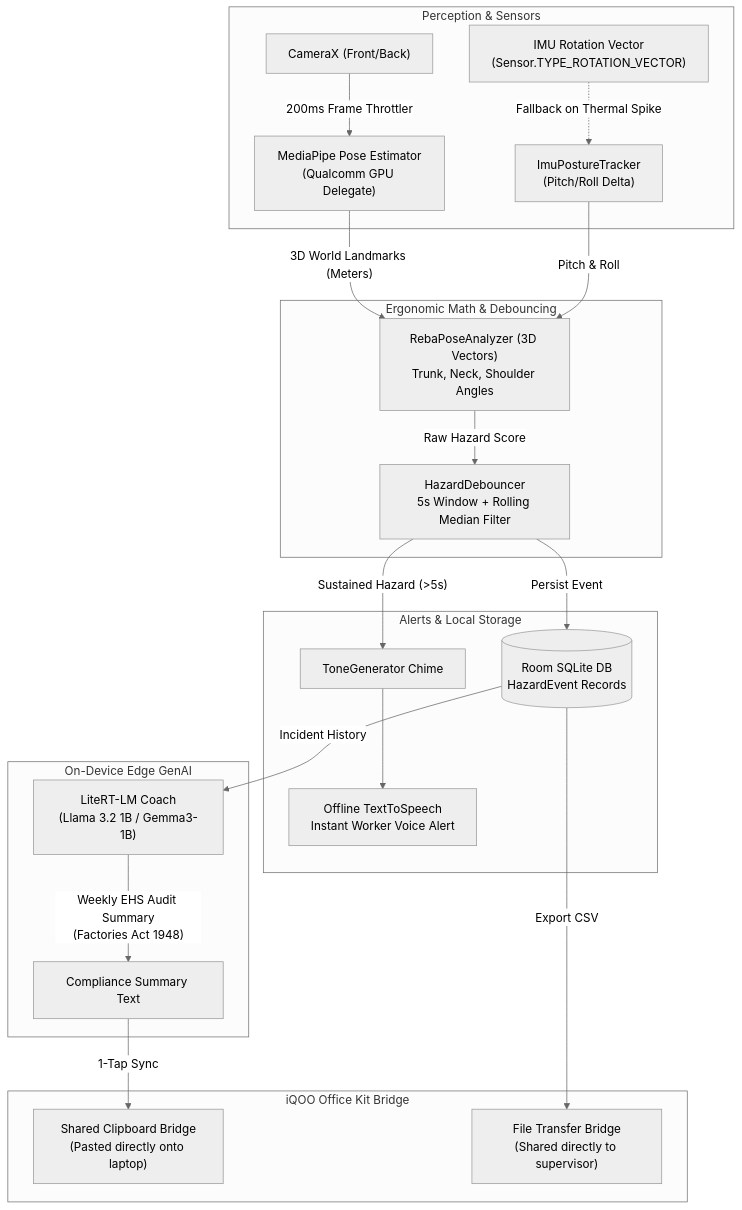
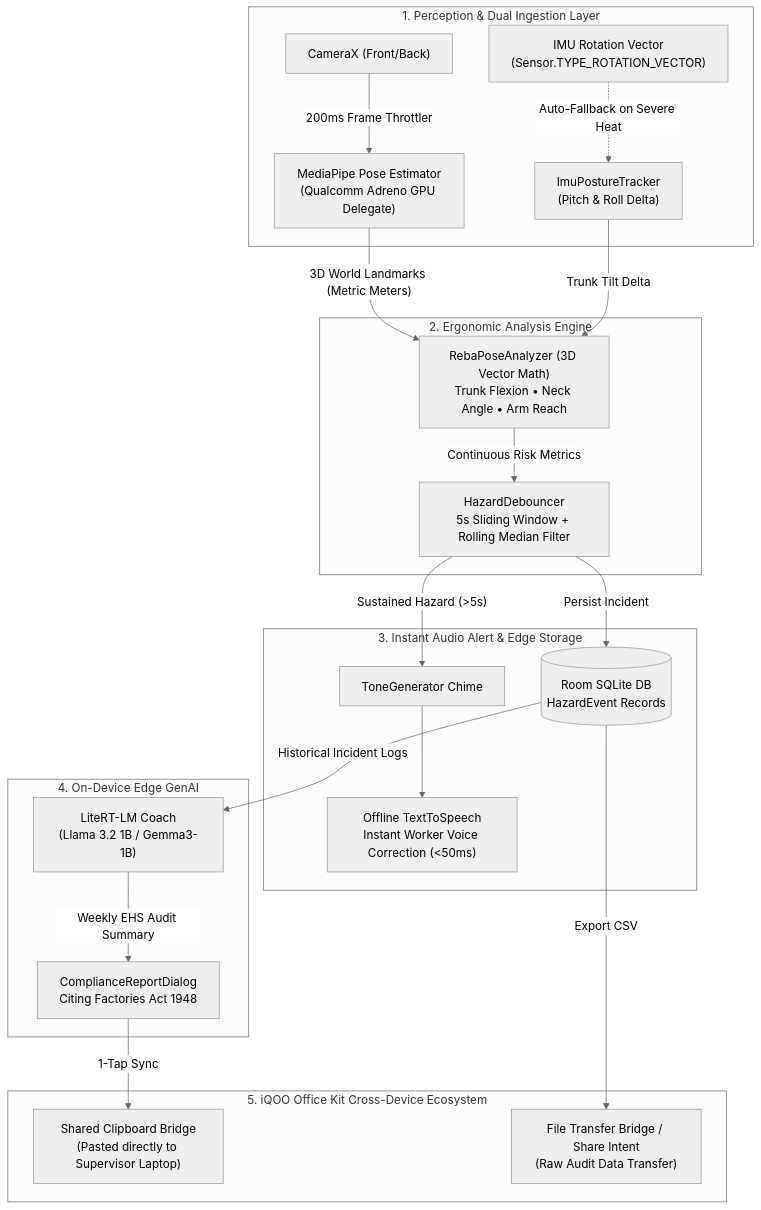
The diagram in README.md (aryan21231212/ergovision), drawn with Mermaid (neutral theme) before and after one commit. The commit also changed other lines of this file, not shown here.

Commit message:
docs: upgrade README with comprehensive architecture, UI showcase, and runbook

````diff
--- a/README.md
+++ b/README.md
@@ -30,29 +44,29 @@
 ```mermaid
 flowchart TD
-    subgraph SENSORS ["Perception & Sensors"]
-        CAM["CameraX (Front/Back)"] -->|"200ms Frame Throttler"| MP["MediaPipe Pose Estimator\n(Qualcomm GPU Delegate)"]
-        IMU["IMU Rotation Vector\n(Sensor.TYPE_ROTATION_VECTOR)"] -.->|"Fallback on Thermal Spike"| IMU_TRACK["ImuPostureTracker\n(Pitch/Roll Delta)"]
+    subgraph PERCEPTION ["1. Perception & Dual Ingestion Layer"]
+        CAM["CameraX (Front/Back)"] -->|"200ms Frame Throttler"| MP["MediaPipe Pose Estimator\n(Qualcomm Adreno GPU Delegate)"]
+        IMU["IMU Rotation Vector\n(Sensor.TYPE_ROTATION_VECTOR)"] -.->|"Auto-Fallback on Severe Heat"| IMU_TRACK["ImuPostureTracker\n(Pitch & Roll Delta)"]
     end
 
-    subgraph ENGINE ["Ergonomic Math & Debouncing"]
-        MP -->|"3D World Landmarks (Meters)"| REBA["RebaPoseAnalyzer (3D Vectors)\nTrunk, Neck, Shoulder Angles"]
-        IMU_TRACK -->|"Pitch & Roll"| REBA
-        REBA -->|"Raw Hazard Score"| DEBOUNCE["HazardDebouncer\n5s Window + Rolling Median Filter"]
+    subgraph BIOMECHANICS ["2. Ergonomic Analysis Engine"]
+        MP -->|"3D World Landmarks (Metric Meters)"| REBA["RebaPoseAnalyzer (3D Vector Math)\nTrunk Flexion • Neck Angle • Arm Reach"]
+        IMU_TRACK -->|"Trunk Tilt Delta"| REBA
+        REBA -->|"Continuous Risk Metrics"| DEBOUNCE["HazardDebouncer\n5s Sliding Window + Rolling Median Filter"]
     end
 
-    subgraph ACTION ["Alerts & Local Storage"]
+    subgraph ACTION ["3. Instant Audio Alert & Edge Storage"]
         DEBOUNCE -->|"Sustained Hazard (>5s)"| CHIME["ToneGenerator Chime"]
-        CHIME --> TTS["Offline TextToSpeech\nInstant Worker Voice Alert"]
-        DEBOUNCE -->|"Persist Event"| ROOM[("Room SQLite DB\nHazardEvent Records")]
+        CHIME --> TTS["Offline TextToSpeech\nInstant Worker Voice Correction (<50ms)"]
+        DEBOUNCE -->|"Persist Incident"| ROOM[("Room SQLite DB\nHazardEvent Records")]
     end
 
-    subgraph GENAI ["On-Device Edge GenAI"]
-        ROOM -->|"Incident History"| LLM["LiteRT-LM Coach\n(Llama 3.2 1B / Gemma3-1B)"]
-        LLM -->|"Weekly EHS Audit Summary\n(Factories Act 1948)"| SUMMARY["Compliance Summary Text"]
+    subgraph GENAI ["4. On-Device Edge GenAI"]
+        ROOM -->|"Historical Incident Logs"| LLM["LiteRT-LM Coach\n(Llama 3.2 1B / Gemma3-1B)"]
+        LLM -->|"Weekly EHS Audit Summary"| MODAL["ComplianceReportDialog\nCiting Factories Act 1948"]
     end
 
-    subgraph OFFICEKIT ["iQOO Office Kit Bridge"]
-        SUMMARY -->|"1-Tap Sync"| CLIP["Shared Clipboard Bridge\n(Pasted directly onto laptop)"]
-        ROOM -->|"Export CSV"| FILE["File Transfer Bridge\n(Shared directly to supervisor)"]
+    subgraph OFFICEKIT ["5. iQOO Office Kit Cross-Device Ecosystem"]
+        MODAL -->|"1-Tap Sync"| CLIP["Shared Clipboard Bridge\n(Pasted directly to Supervisor Laptop)"]
+        ROOM -->|"Export CSV"| FILE["File Transfer Bridge / Share Intent\n(Raw Audit Data Transfer)"]
     end
 ```
````
